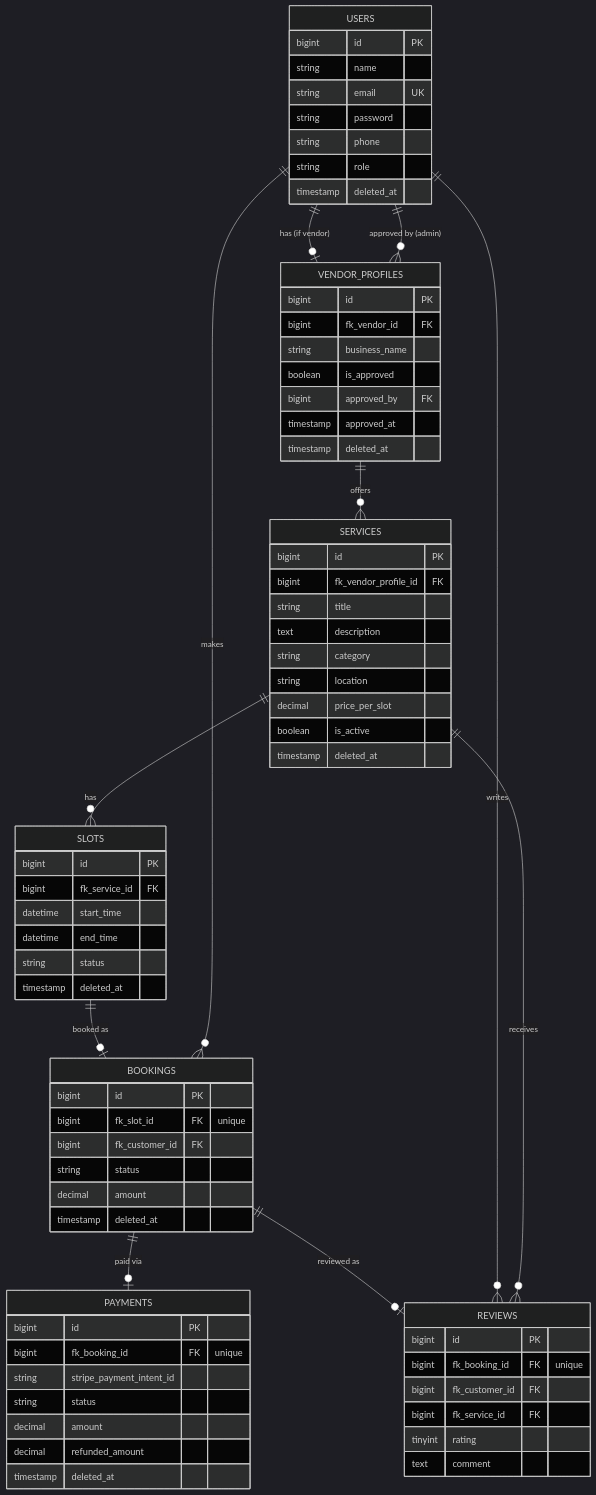
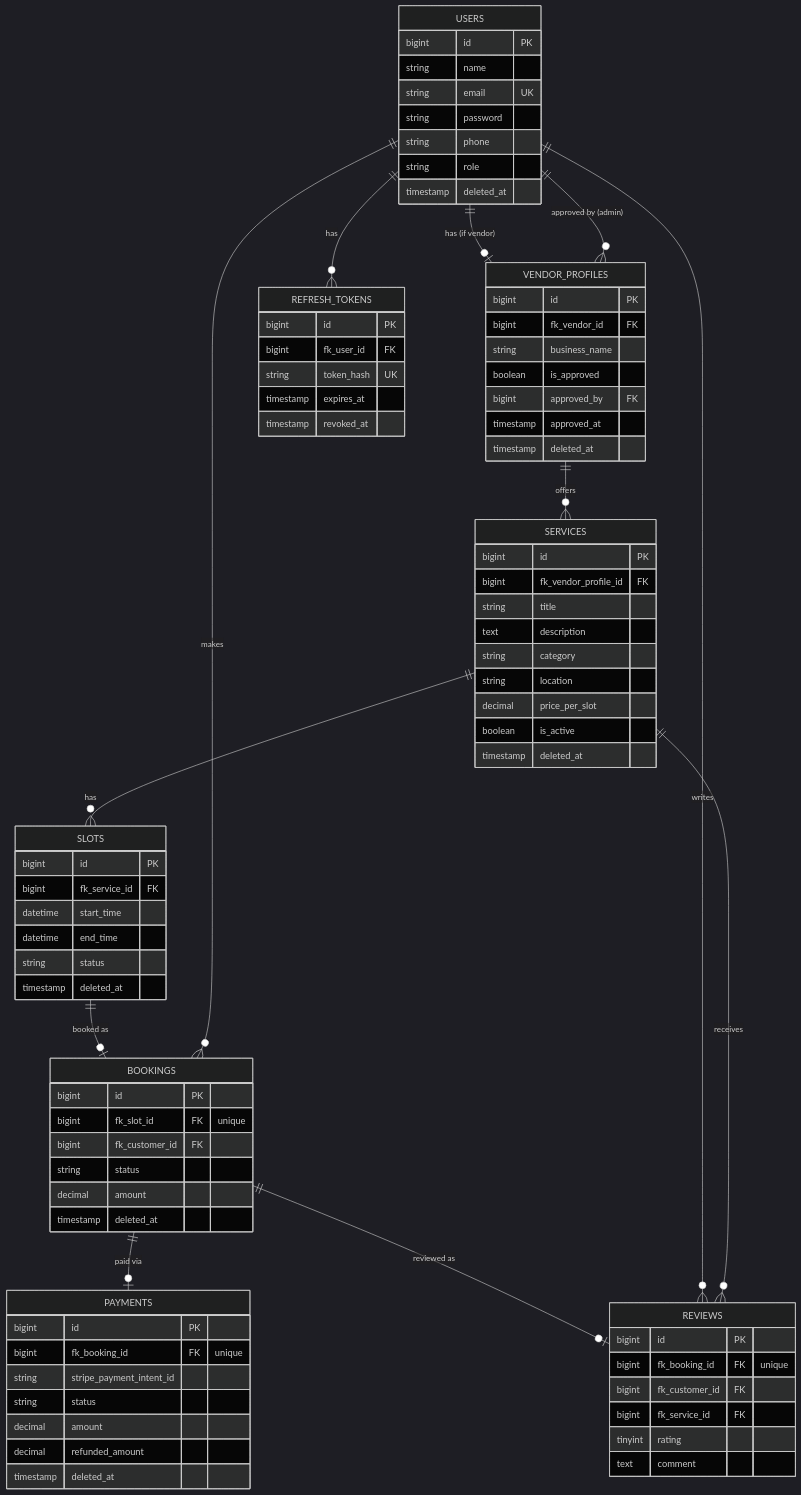
One commit to Shirsendu1260/multi-vendor-booking-platform changed the diagram in erd.md. Above: the diagram before and after it, drawn with Mermaid (dark theme). The commit also changed other lines of this file and 2 other files, not shown here.

Commit message:
feat: Update ERD and migrations to include refresh tokens and remove session table

````diff
--- a/erd.md
+++ b/erd.md
@@ -12,6 +12,7 @@
     USERS ||--o{ REVIEWS : "writes"
     SERVICES ||--o{ REVIEWS : "receives"
     USERS ||--o{ VENDOR_PROFILES : "approved by (admin)"
+    USERS ||--o{ REFRESH_TOKENS : "has"
 
     USERS {
         bigint id PK
@@ -81,4 +82,12 @@
         tinyint rating
         text comment
     }
+
+    REFRESH_TOKENS {
+        bigint id PK
+        bigint fk_user_id FK
+        string token_hash UK
+        timestamp expires_at
+        timestamp revoked_at
+    }
 ```
````
